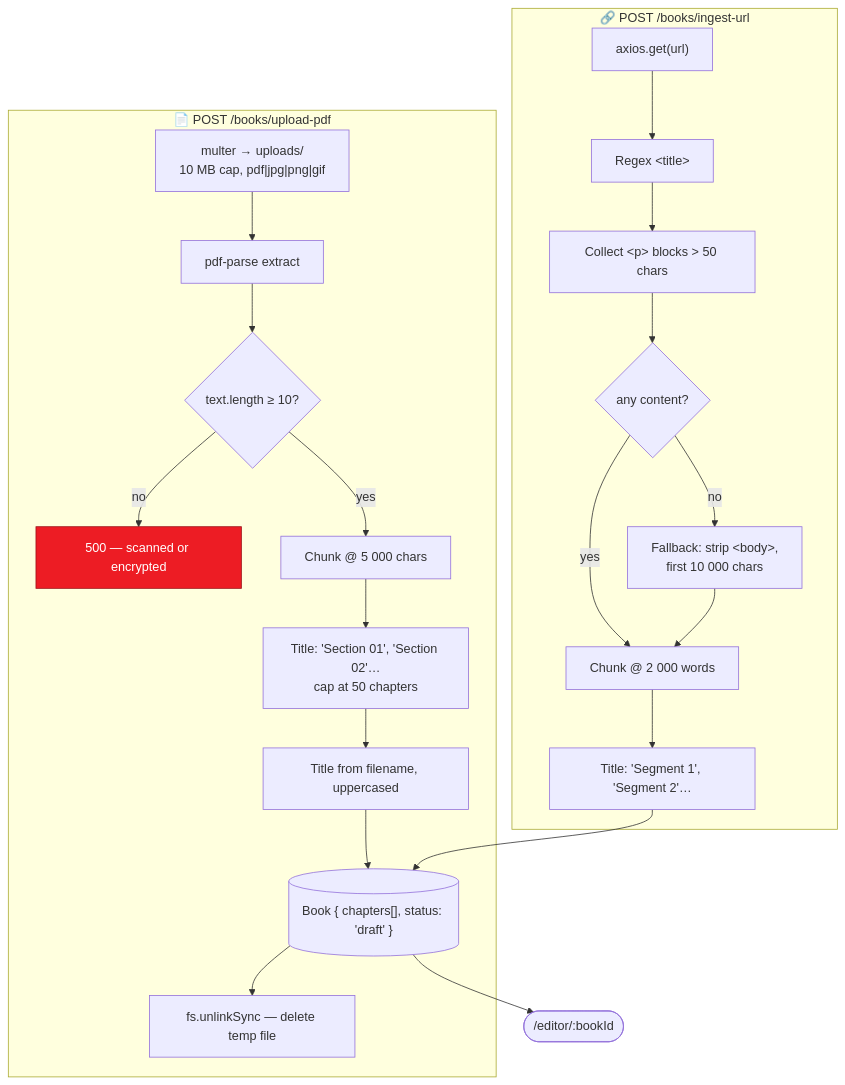
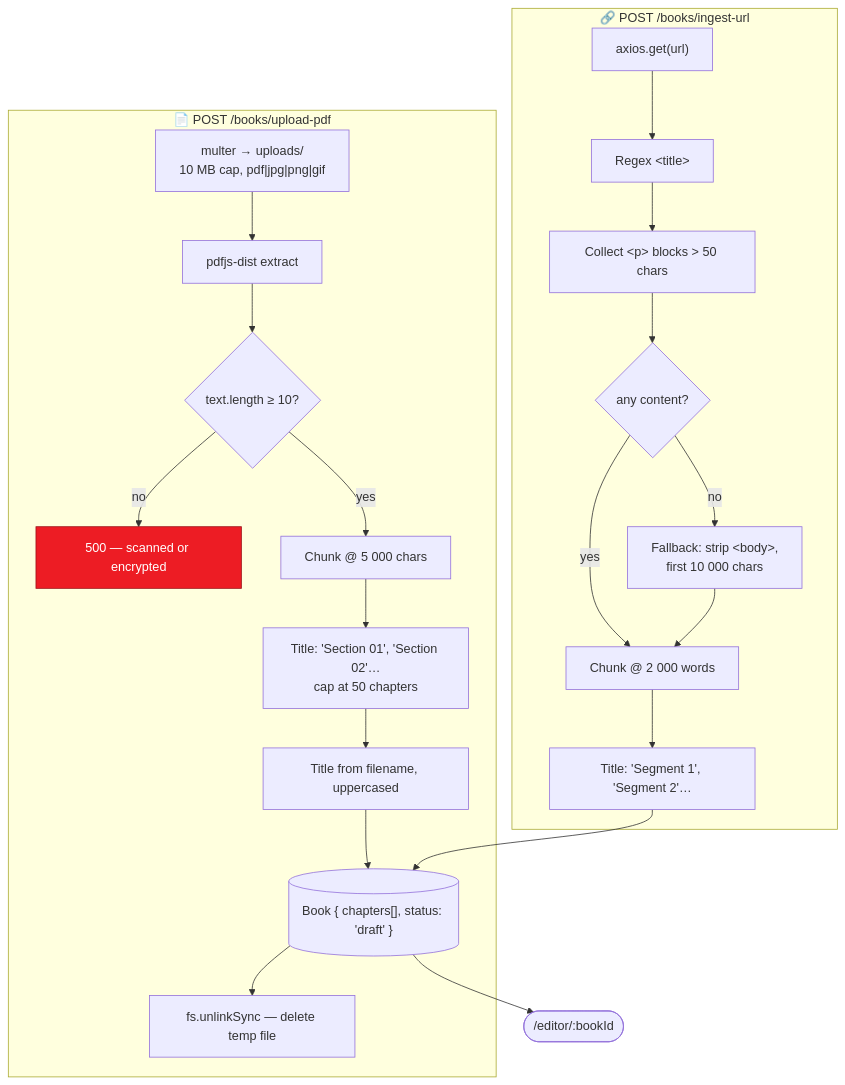
Before and after one commit to satyansh911/BookForge: the seventh of 13 diagrams in README.md, drawn with Mermaid. The commit also changed other lines of this file and 30 other files, not shown here.

````diff
--- a/README.md
+++ b/README.md
@@ -421,30 +421,30 @@
 ```mermaid
 flowchart TB
     subgraph PDF["📄 POST /books/upload-pdf"]
-        P1["multer → uploads/<br/>10 MB cap, pdf|jpg|png|gif"] --> P2["pdf-parse extract"]
+        P1["multer → uploads/<br/>10 MB cap, pdf|jpg|png|gif"] --> P2["pdfjs-dist extract"]
         P2 --> P3{"text.length ≥ 10?"}
         P3 -->|no| P4["500 — scanned or encrypted"]
         P3 -->|yes| P5["Chunk @ 5 000 chars"]
         P5 --> P6["Title: 'Section 01', 'Section 02'…<br/>cap at 50 chapters"]
         P6 --> P7["Title from filename, uppercased"]
         P7 --> SAVE
         SAVE --> P8["fs.unlinkSync — delete temp file"]
     end
 
     subgraph URL["🔗 POST /books/ingest-url"]
         U1["axios.get(url)"] --> U2["Regex &lt;title&gt;"]
         U2 --> U3["Collect &lt;p&gt; blocks &gt; 50 chars"]
         U3 --> U4{"any content?"}
         U4 -->|no| U5["Fallback: strip &lt;body&gt;,<br/>first 10 000 chars"]
         U4 -->|yes| U6["Chunk @ 2 000 words"]
         U5 --> U6
         U6 --> U7["Title: 'Segment 1', 'Segment 2'…"]
         U7 --> SAVE
     end
 
     SAVE[("Book { chapters[], status: 'draft' }")]
     SAVE --> EDIT(["/editor/:bookId"])
 
     classDef err fill:#ED1C24,stroke:#9c1218,color:#fff
     class P4 err
 ```
````
